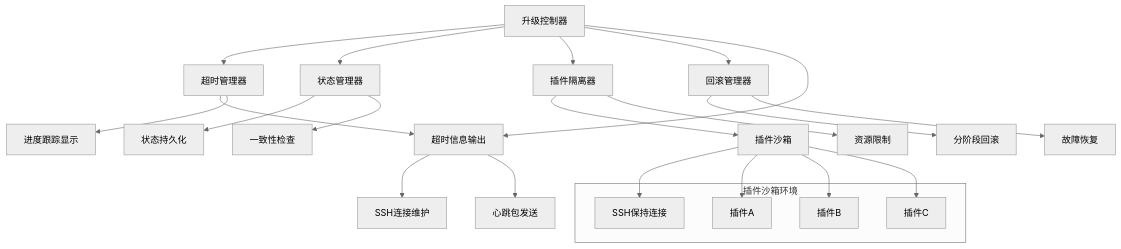
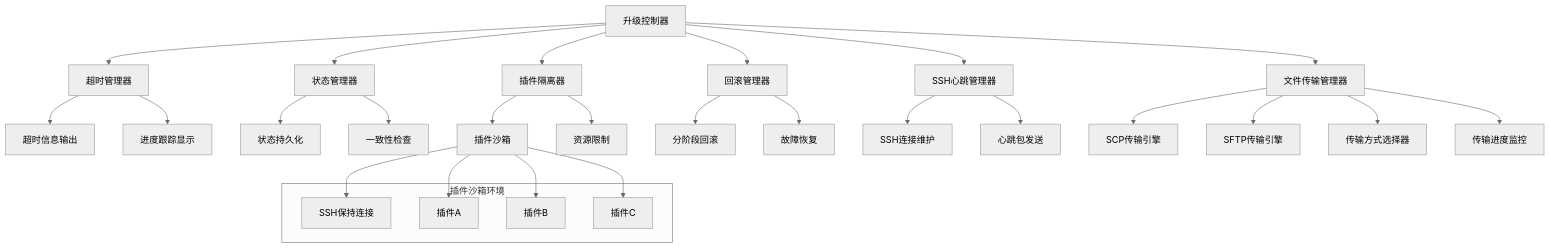
Before and after one commit to zhaolei0914/kubesphere: the first of 6 diagrams in 灾备产品升级工具健壮性优化设计.md, drawn with Mermaid (neutral theme). The commit also changed other lines of this file, not shown here.

````diff
--- a/灾备产品升级工具健壮性优化设计.md
+++ b/灾备产品升级工具健壮性优化设计.md
@@ -42,35 +42,41 @@
 ```mermaid
 graph TB
     A[升级控制器] --> B[超时管理器]
     A --> C[状态管理器]
     A --> D[插件隔离器]
     A --> E[回滚管理器]
     A --> F[SSH心跳管理器]
+    A --> G[文件传输管理器]
 
-    B --> F[超时信息输出]
-    B --> G[进度跟踪显示]
+    B --> H[超时信息输出]
+    B --> I[进度跟踪显示]
 
-    C --> H[状态持久化]
-    C --> I[一致性检查]
+    C --> J[状态持久化]
+    C --> K[一致性检查]
 
-    D --> J[插件沙箱]
-    D --> K[资源限制]
+    D --> L[插件沙箱]
+    D --> M[资源限制]
 
-    E --> L[分阶段回滚]
-    E --> M[故障恢复]
+    E --> N[分阶段回滚]
+    E --> O[故障恢复]
 
-    F --> N[SSH连接维护]
-    F --> O[心跳包发送]
+    F --> P[SSH连接维护]
+    F --> Q[心跳包发送]
+
+    G --> R[SCP传输引擎]
+    G --> S[SFTP传输引擎]
+    G --> T[传输方式选择器]
+    G --> U[传输进度监控]
 
     subgraph "插件沙箱环境"
-        P[SSH保持连接]
-        Q[插件A]
-        R[插件B]
-        S[插件C]
+        V[SSH保持连接]
+        W[插件A]
+        X[插件B]
+        Y[插件C]
     end
 
-    J --> P
-    J --> Q
-    J --> R
-    J --> S
+    L --> V
+    L --> W
+    L --> X
+    L --> Y
 ```
````
